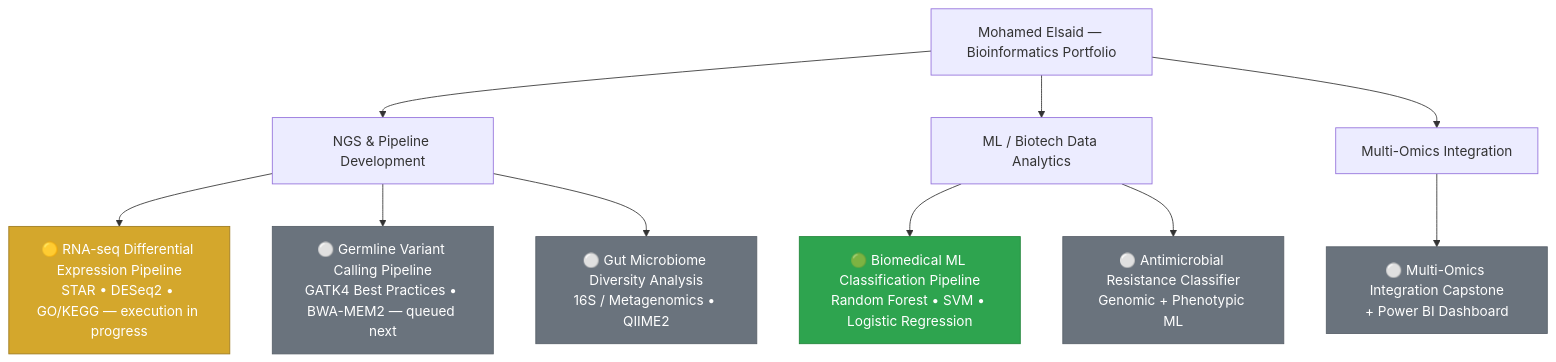
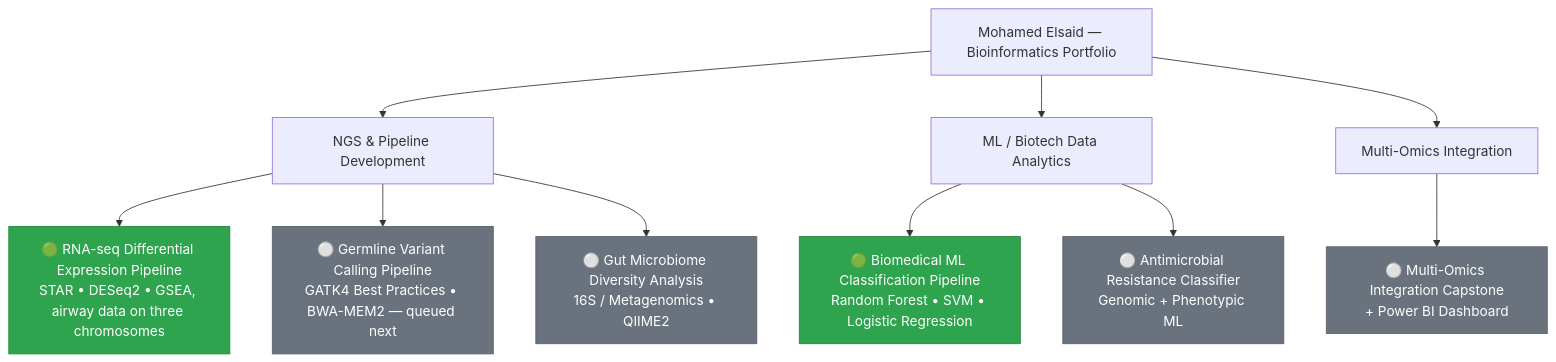
Before and after one commit to MohamedElsaid-bit/Portfolio-: the diagram in README.md, drawn with Mermaid. The commit also changed other lines of this file and 1 other file, not shown here.

First line of the commit message:
Mark the RNA-seq project Done on the site and README

````diff
--- a/README.md
+++ b/README.md
@@ -35,22 +35,22 @@
 ```mermaid
 graph TD
     A["Mohamed Elsaid — Bioinformatics Portfolio"] --> B["NGS & Pipeline Development"]
     A --> C["ML / Biotech Data Analytics"]
     A --> D["Multi-Omics Integration"]
 
-    B --> B1["🟡 RNA-seq Differential Expression Pipeline<br/>STAR • DESeq2 • GO/KEGG — execution in progress"]
+    B --> B1["🟢 RNA-seq Differential Expression Pipeline<br/>STAR • DESeq2 • GSEA, airway data on three chromosomes"]
     B --> B2["⚪ Germline Variant Calling Pipeline<br/>GATK4 Best Practices • BWA-MEM2 — queued next"]
     B --> B3["⚪ Gut Microbiome Diversity Analysis<br/>16S / Metagenomics • QIIME2"]
 
     C --> C1["🟢 Biomedical ML Classification Pipeline<br/>Random Forest • SVM • Logistic Regression"]
     C --> C2["⚪ Antimicrobial Resistance Classifier<br/>Genomic + Phenotypic ML"]
 
     D --> D1["⚪ Multi-Omics Integration Capstone<br/>+ Power BI Dashboard"]
 
     style C1 fill:#2ea44f,color:#ffffff,stroke:#22863a
-    style B1 fill:#d4a72c,color:#ffffff,stroke:#9e7b1f
+    style B1 fill:#2ea44f,color:#ffffff,stroke:#22863a
     style B2 fill:#6a737d,color:#ffffff,stroke:#586069
     style B3 fill:#6a737d,color:#ffffff,stroke:#586069
     style C2 fill:#6a737d,color:#ffffff,stroke:#586069
     style D1 fill:#6a737d,color:#ffffff,stroke:#586069
 ```
````
